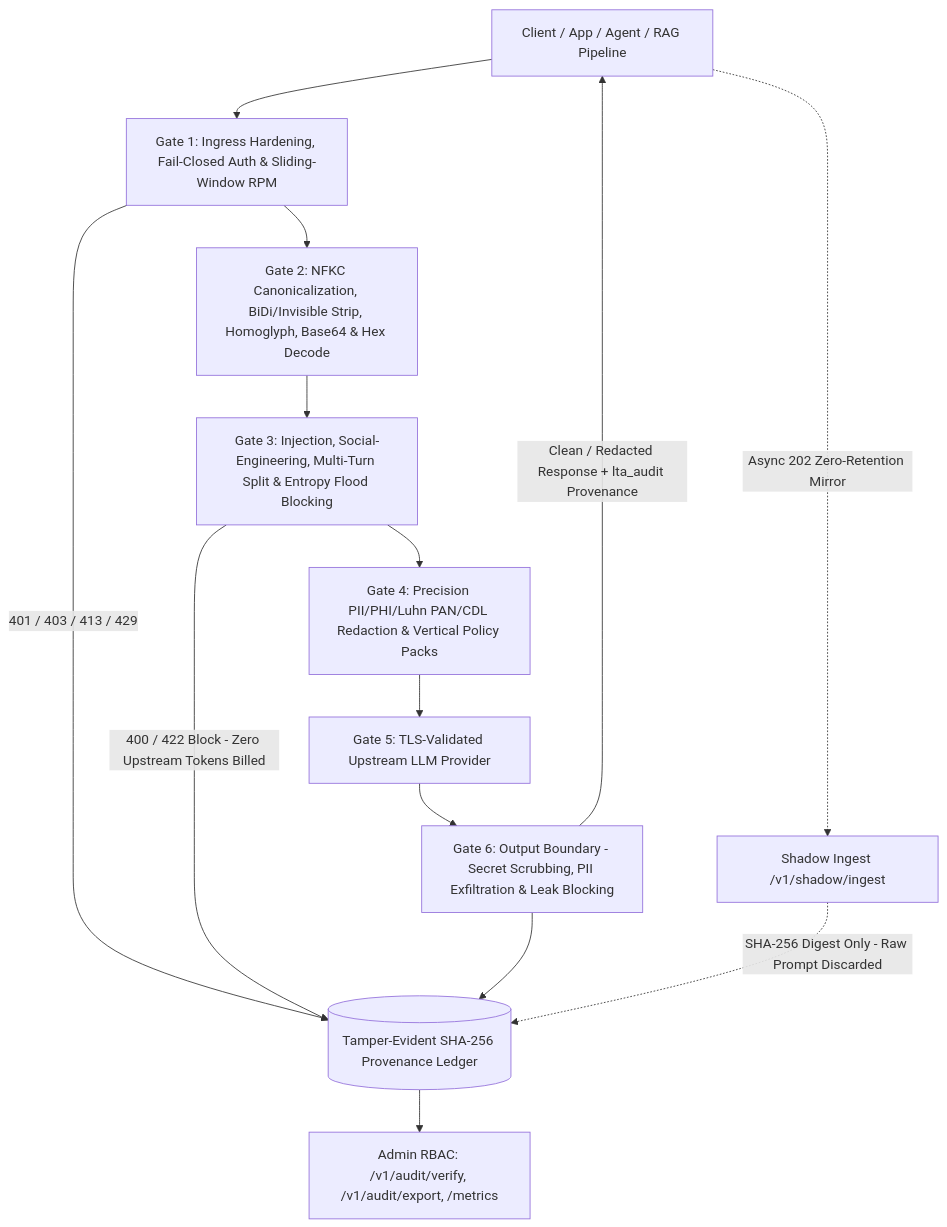
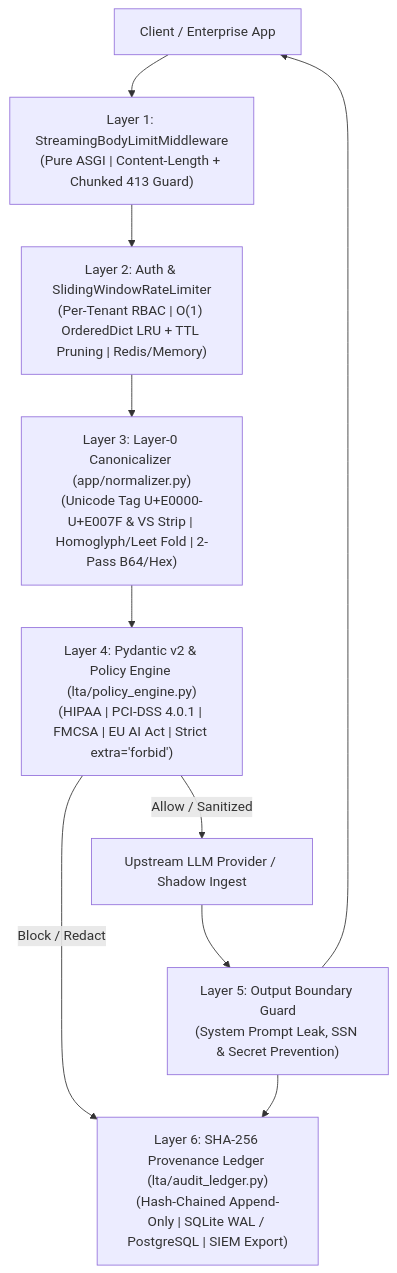
One commit to stickneycorey1-source/Lucid-Truth-Audit- changed the diagram in README.md. Above: the diagram before and after it, drawn with Mermaid. The commit also changed other lines of this file, not shown here.

````diff
--- a/README.md
+++ b/README.md
@@ -48,16 +36,12 @@
 ```mermaid
 flowchart TD
-    A[Client / App / Agent / RAG Pipeline] --> B[Gate 1: Ingress Hardening, Fail-Closed Auth & Sliding-Window RPM]
-    B -->|401 / 403 / 413 / 429| Z[(Tamper-Evident SHA-256 Provenance Ledger)]
-    B --> C[Gate 2: NFKC Canonicalization, BiDi/Invisible Strip, Homoglyph, Base64 & Hex Decode]
-    C --> D[Gate 3: Injection, Social-Engineering, Multi-Turn Split & Entropy Flood Blocking]
-    D -->|400 / 422 Block - Zero Upstream Tokens Billed| Z
-    D --> E[Gate 4: Precision PII/PHI/Luhn PAN/CDL Redaction & Vertical Policy Packs]
-    E --> F[Gate 5: TLS-Validated Upstream LLM Provider]
-    F --> G[Gate 6: Output Boundary - Secret Scrubbing, PII Exfiltration & Leak Blocking]
-    G -->|Clean / Redacted Response + lta_audit Provenance| A
-    G --> Z
-    A -.->|Async 202 Zero-Retention Mirror| S[Shadow Ingest /v1/shadow/ingest]
-    S -.->|SHA-256 Digest Only - Raw Prompt Discarded| Z
-    Z --> V[Admin RBAC: /v1/audit/verify, /v1/audit/export, /metrics]
+    Client["Client / Enterprise App"] --> Ingress["Layer 1: StreamingBodyLimitMiddleware\n(Pure ASGI | Content-Length + Chunked 413 Guard)"]
+    Ingress --> AuthRL["Layer 2: Auth & SlidingWindowRateLimiter\n(Per-Tenant RBAC | O(1) OrderedDict LRU + TTL Pruning | Redis/Memory)"]
+    AuthRL --> Norm["Layer 3: Layer-0 Canonicalizer (app/normalizer.py)\n(Unicode Tag U+E0000-U+E007F & VS Strip | Homoglyph/Leet Fold | 2-Pass B64/Hex)"]
+    Norm --> Policy["Layer 4: Pydantic v2 & Policy Engine (lta/policy_engine.py)\n(HIPAA | PCI-DSS 4.0.1 | FMCSA | EU AI Act | Strict extra='forbid')"]
+    Policy -->|Block / Redact| Ledger["Layer 6: SHA-256 Provenance Ledger (lta/audit_ledger.py)\n(Hash-Chained Append-Only | SQLite WAL / PostgreSQL | SIEM Export)"]
+    Policy -->|Allow / Sanitized| Upstream["Upstream LLM Provider / Shadow Ingest"]
+    Upstream --> OutGuard["Layer 5: Output Boundary Guard\n(System Prompt Leak, SSN & Secret Prevention)"]
+    OutGuard --> Ledger
+    OutGuard --> Client
 ```
````
